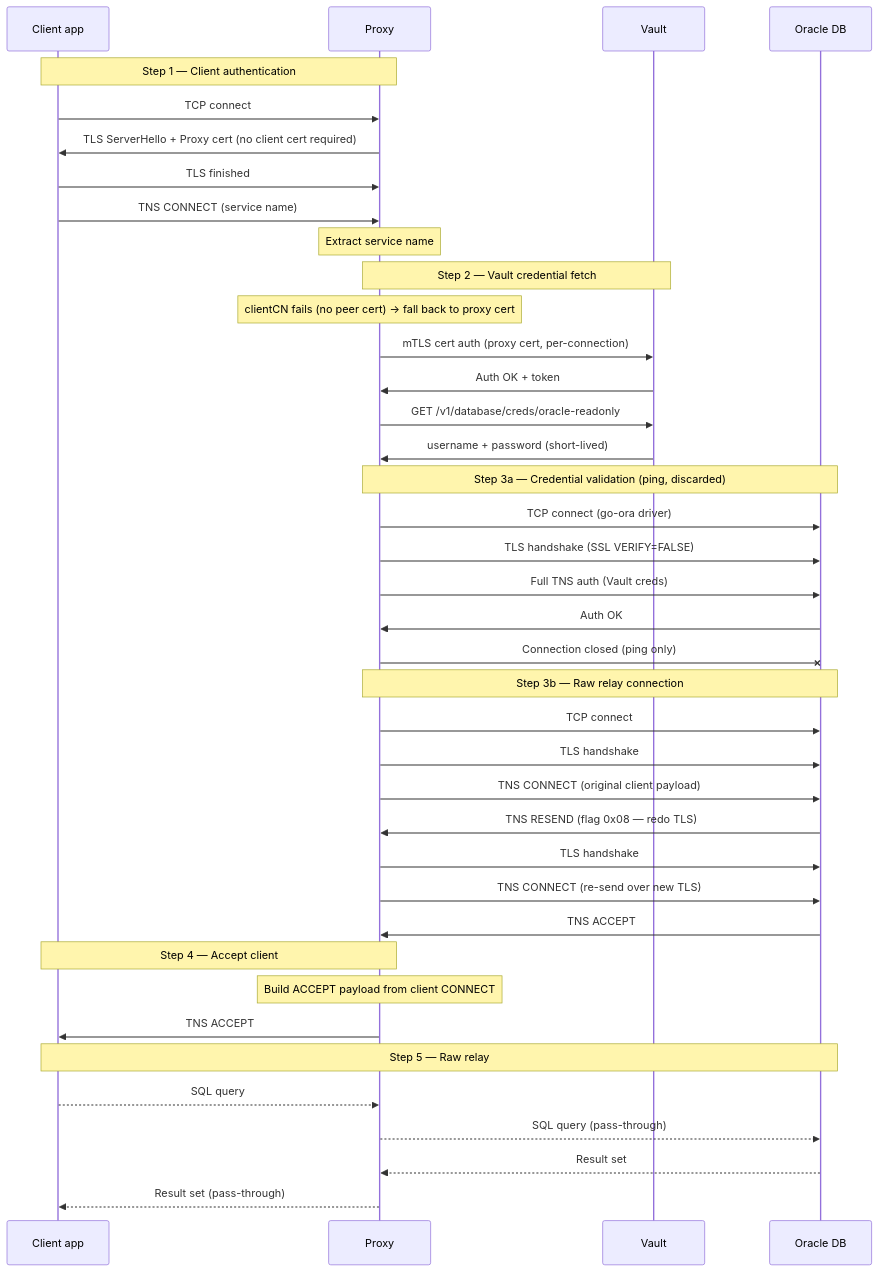
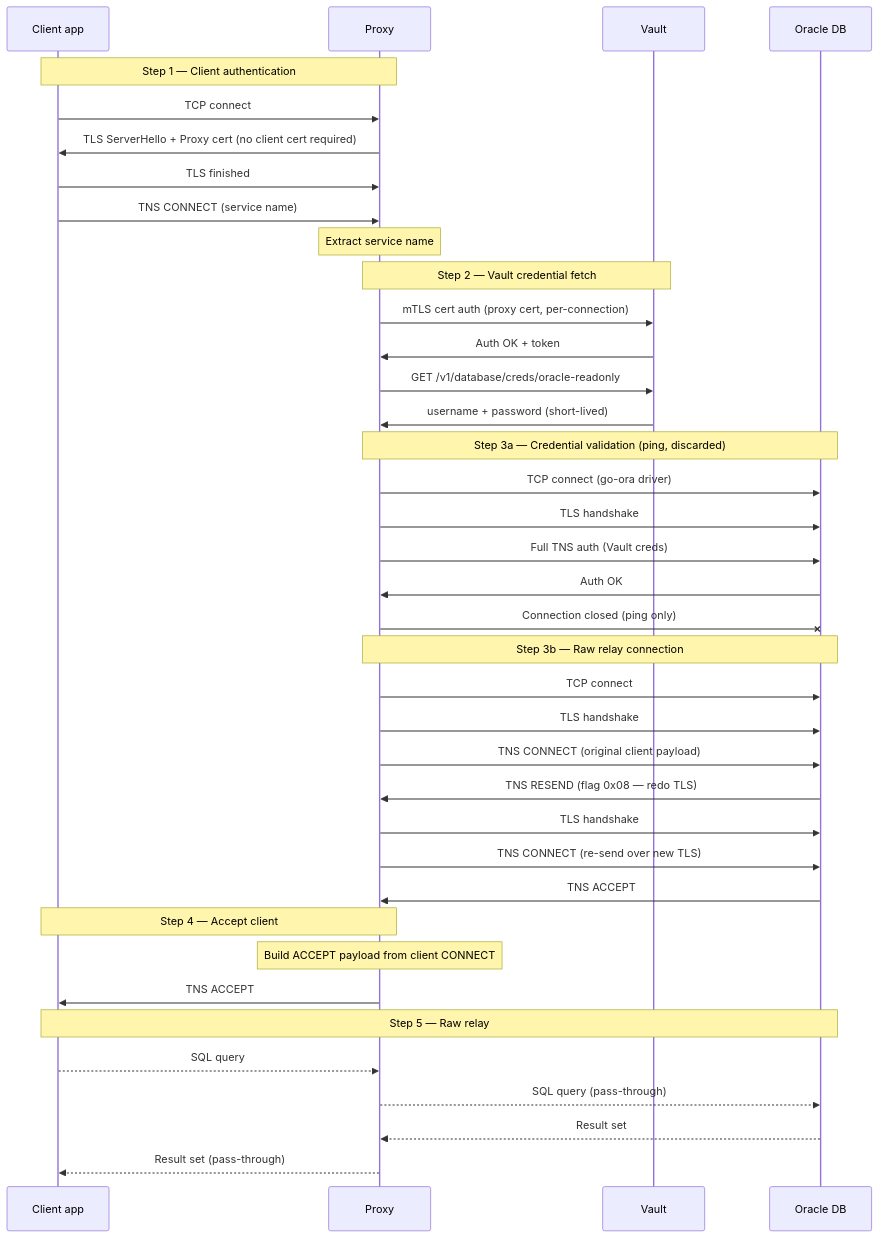
One commit to matmazurk/database-proxy changed the second of 2 diagrams in docs/oracle-proxy-overview.md. Above: the diagram before and after it, drawn with Mermaid. The commit also changed other lines of this file, not shown here.

Commit message:
improve diagram

````diff
--- a/docs/oracle-proxy-overview.md
+++ b/docs/oracle-proxy-overview.md
@@ -40,47 +40,46 @@
 ```mermaid
 sequenceDiagram
     participant C as Client app
     participant P as Proxy
     participant V as Vault
     participant O as Oracle DB
 
     Note over C,P: Step 1 — Client authentication
     C->>P: TCP connect
     P->>C: TLS ServerHello + Proxy cert (no client cert required)
     C->>P: TLS finished
     C->>P: TNS CONNECT (service name)
     Note over P: Extract service name
 
     Note over P,V: Step 2 — Vault credential fetch
-    Note over P: clientCN fails (no peer cert) → fall back to proxy cert
     P->>V: mTLS cert auth (proxy cert, per-connection)
     V->>P: Auth OK + token
     P->>V: GET /v1/database/creds/oracle-readonly
     V->>P: username + password (short-lived)
 
     Note over P,O: Step 3a — Credential validation (ping, discarded)
     P->>O: TCP connect (go-ora driver)
-    P->>O: TLS handshake (SSL VERIFY=FALSE)
+    P->>O: TLS handshake 
     P->>O: Full TNS auth (Vault creds)
     O->>P: Auth OK
     P-xO: Connection closed (ping only)
 
     Note over P,O: Step 3b — Raw relay connection
     P->>O: TCP connect
     P->>O: TLS handshake #1 (tls.Dial)
     P->>O: TNS CONNECT (original client payload)
     O->>P: TNS RESEND (flag 0x08 — redo TLS)
     P->>O: TLS handshake #2 (same TCP socket, NetConn())
     P->>O: TNS CONNECT (re-send over new TLS)
     O->>P: TNS ACCEPT
 
     Note over C,P: Step 4 — Accept client
     Note over P: Build ACCEPT payload from client CONNECT
     P->>C: TNS ACCEPT
 
     Note over C,O: Step 5 — Raw relay
     C-->>P: SQL query
     P-->>O: SQL query (pass-through)
     O-->>P: Result set
     P-->>C: Result set (pass-through)
 ```
````
